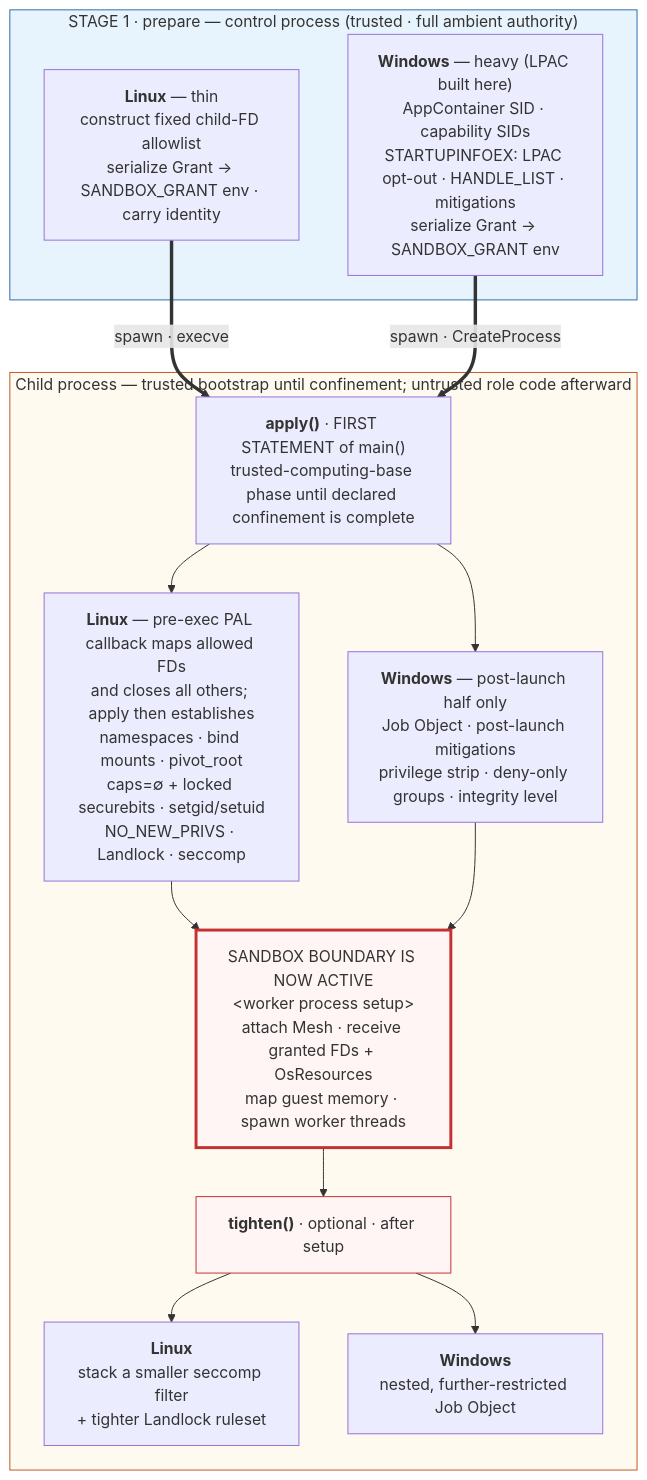
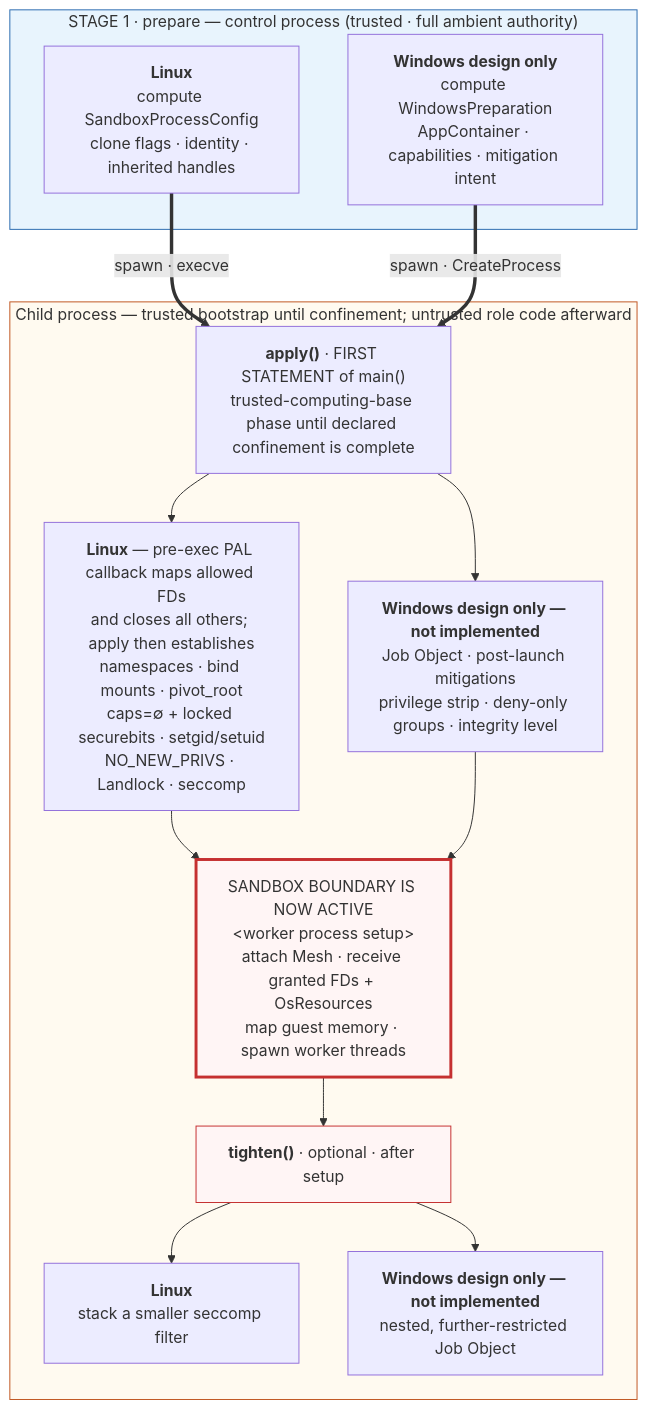
One commit to dipanjan/openvmm changed the first of 4 diagrams in support/sandbox/docs/Sandbox_design.md. Above: the diagram before and after it, drawn with Mermaid. The commit also changed other lines of this file, not shown here.

````diff
--- a/support/sandbox/docs/Sandbox_design.md
+++ b/support/sandbox/docs/Sandbox_design.md
@@ -429,33 +285,33 @@
 ```mermaid
 graph TB
     subgraph CTRL["STAGE 1 · prepare — control process (trusted · full ambient authority)"]
-        PL["<b>Linux</b> — thin<br/>construct fixed child-FD allowlist<br/>serialize Grant → SANDBOX_GRANT env · carry identity"]
-        PW["<b>Windows</b> — heavy (LPAC built here)<br/>AppContainer SID · capability SIDs<br/>STARTUPINFOEX: LPAC opt-out · HANDLE_LIST · mitigations<br/>serialize Grant → SANDBOX_GRANT env"]
+        PL["<b>Linux</b><br/>compute SandboxProcessConfig<br/>clone flags · identity · inherited handles"]
+        PW["<b>Windows design only</b><br/>compute WindowsPreparation<br/>AppContainer · capabilities · mitigation intent"]
     end
 
     subgraph CHILD["Child process — trusted bootstrap until confinement; untrusted role code afterward"]
         AP["<b>apply()</b> · FIRST STATEMENT of main()<br/>trusted-computing-base phase until declared confinement is complete"]
         APL["<b>Linux</b> — pre-exec PAL callback maps allowed FDs<br/>and closes all others; apply then establishes<br/>namespaces · bind mounts · pivot_root<br/>caps=∅ + locked securebits · setgid/setuid<br/>NO_NEW_PRIVS · Landlock · seccomp"]
-        APW["<b>Windows</b> — post-launch half only<br/>Job Object · post-launch mitigations<br/>privilege strip · deny-only groups · integrity level"]
+        APW["<b>Windows design only — not implemented</b><br/>Job Object · post-launch mitigations<br/>privilege strip · deny-only groups · integrity level"]
         SETUP["SANDBOX BOUNDARY IS NOW ACTIVE<br/>&lt;worker process setup&gt;<br/>attach Mesh · receive granted FDs + OsResources<br/>map guest memory · spawn worker threads"]
         TI["<b>tighten()</b> · optional · after setup"]
-        TIL["<b>Linux</b><br/>stack a smaller seccomp filter<br/>+ tighter Landlock ruleset"]
-        TIW["<b>Windows</b><br/>nested, further-restricted Job Object"]
+        TIL["<b>Linux</b><br/>stack a smaller seccomp filter"]
+        TIW["<b>Windows design only — not implemented</b><br/>nested, further-restricted Job Object"]
 
         AP --> APL
         AP --> APW
         APL --> SETUP
         APW --> SETUP
         SETUP --> TI
         TI --> TIL
         TI --> TIW
     end
 
     PL ==>|spawn · execve| AP
     PW ==>|spawn · CreateProcess| AP
 
     style CTRL fill:#e8f4fd,stroke:#2b6cb0
     style CHILD fill:#fffaf0,stroke:#c05621
     style SETUP fill:#fff5f5,stroke:#c53030,stroke-width:3px
     style TI fill:#fff5f5,stroke:#c53030
 ```
````
